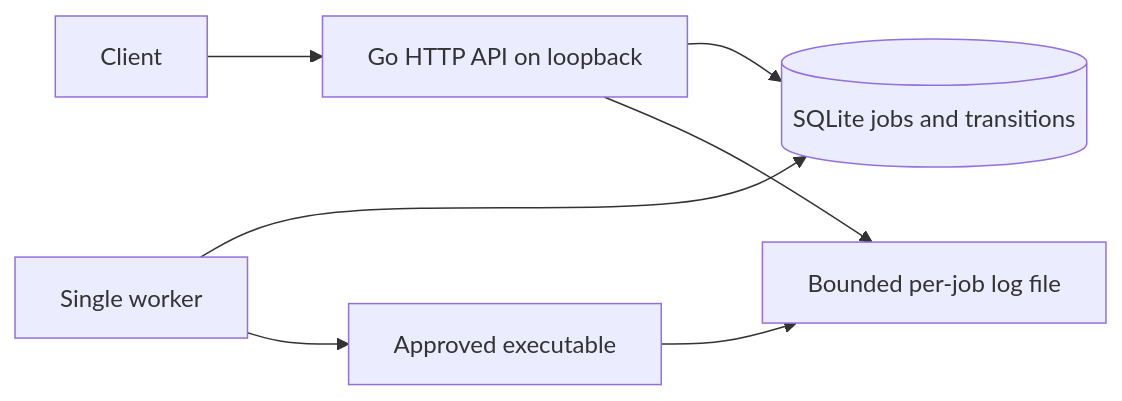
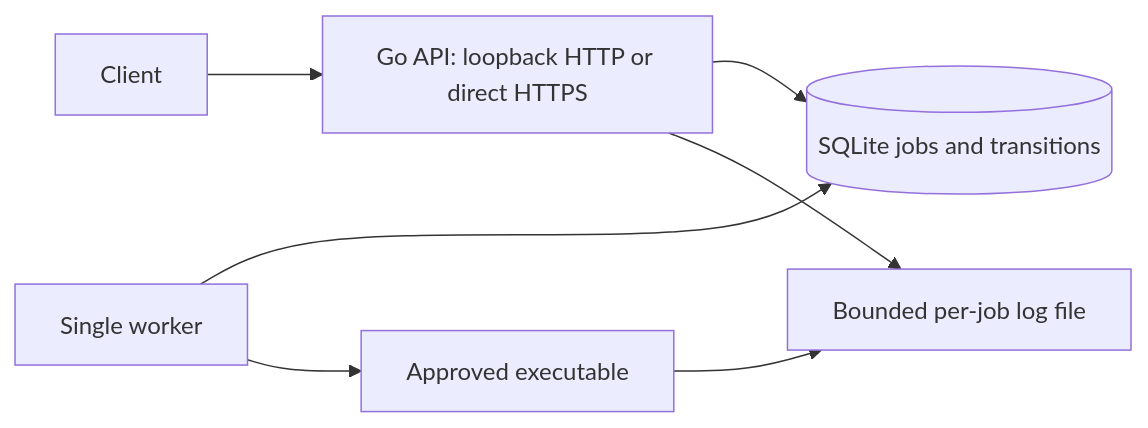
Before and after one commit to shiori-route/remote-deck: the diagram in README.md, drawn with Mermaid. The commit also changed other lines of this file and 23 other files, not shown here.

````diff
--- a/README.md
+++ b/README.md
@@ -26,9 +26,9 @@
 ```mermaid
 flowchart LR
-    Client --> API[Go HTTP API on loopback]
+    Client --> API[Go API: loopback HTTP or direct HTTPS]
     API --> DB[(SQLite jobs and transitions)]
     Worker[Single worker] --> DB
     Worker --> Process[Approved executable]
     Process --> Logs[Bounded per-job log file]
     API --> Logs
 ```
````
